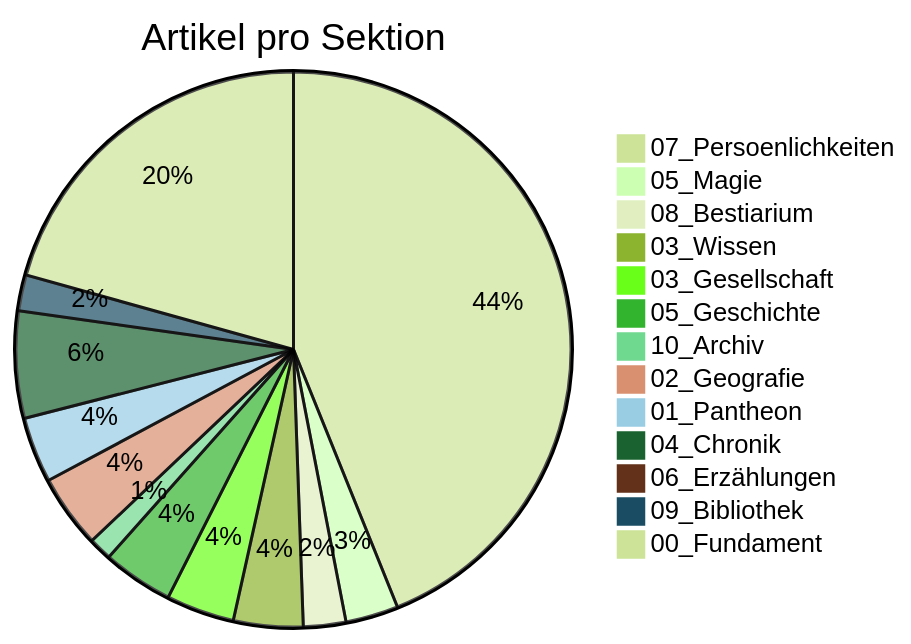
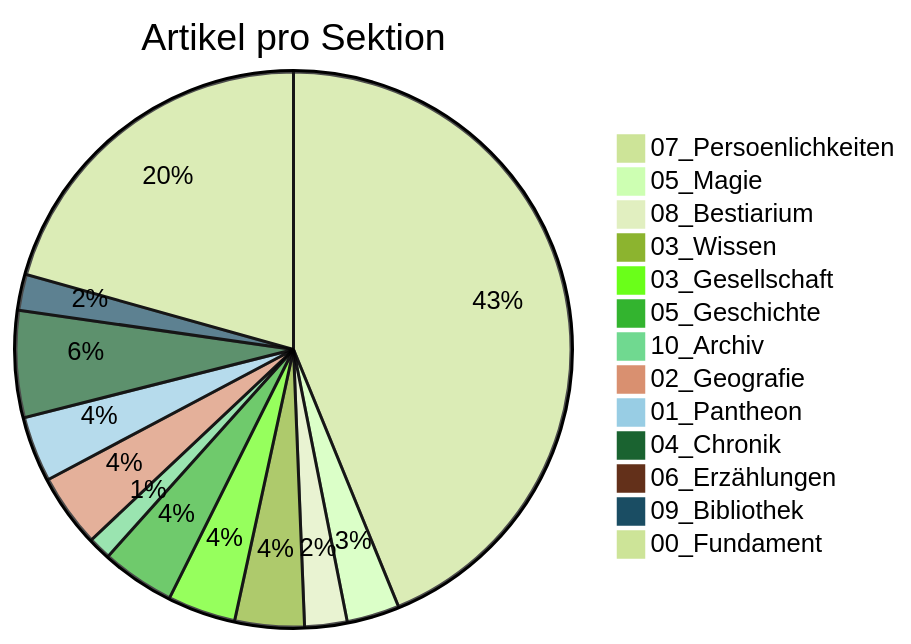
Before and after one commit to Siebenwind/7w_wiki: the diagram in Siebenwind_Wiki/10_Archiv/Wiki_Statistiken.md, drawn with Mermaid (forest theme). The commit also changed other lines of this file and 29 other files, not shown here.

````diff
--- a/Siebenwind_Wiki/10_Archiv/Wiki_Statistiken.md
+++ b/Siebenwind_Wiki/10_Archiv/Wiki_Statistiken.md
@@ -40,16 +40,16 @@
 ```mermaid
 pie title Artikel pro Sektion
     "07_Persoenlichkeiten" : 586
     "05_Magie" : 41
     "08_Bestiarium" : 33
     "03_Wissen" : 54
     "03_Gesellschaft" : 53
-    "05_Geschichte" : 55
+    "05_Geschichte" : 57
     "10_Archiv" : 18
     "02_Geografie" : 57
     "01_Pantheon" : 51
     "04_Chronik" : 83
     "06_Erzählungen" : 12
     "09_Bibliothek" : 28
     "00_Fundament" : 276
 ```
````
